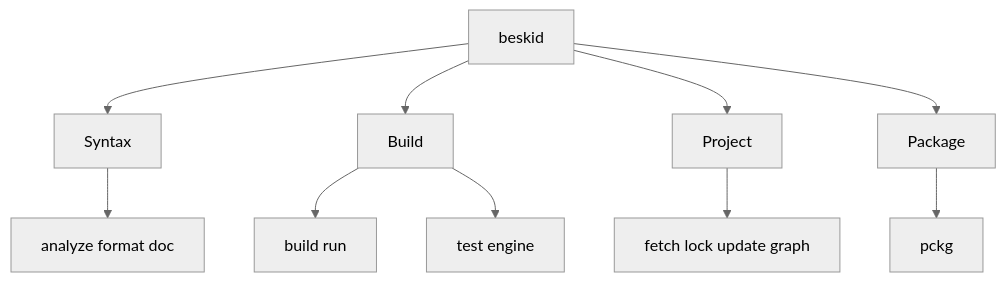
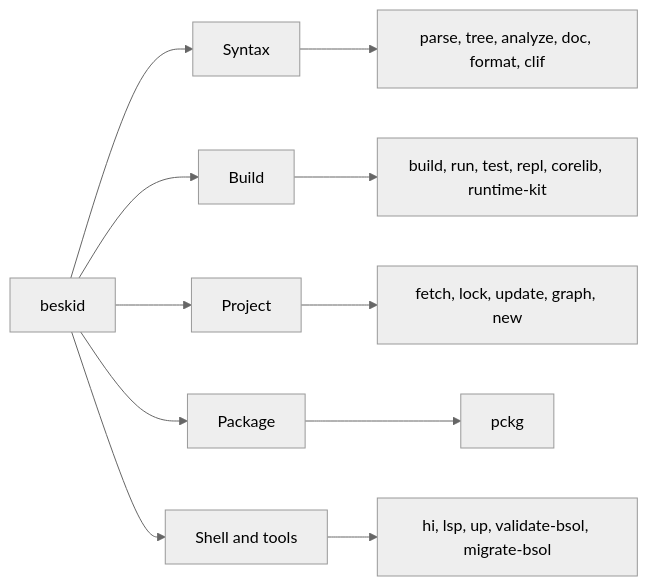
One commit to Cyber-Nomad-Collective/beskid changed the diagram in site/website/src/content/docs/docs/tooling/index.md. Above: the diagram before and after it, drawn with Mermaid (neutral theme). The commit also changed 60 other files, not shown here.

````diff
--- a/site/website/src/content/docs/docs/tooling/index.md
+++ b/site/website/src/content/docs/docs/tooling/index.md
@@ -43,14 +43,15 @@
 ```mermaid
-flowchart TD
+flowchart LR
   accTitle: CLI taxonomy
-  accDescr: The Beskid CLI routes work by domain. Choose syntax, build, project, or package commands for the task.
-  A[beskid] --> B[Syntax]
-  A --> C[Build]
-  A --> D[Project]
-  A --> E[Package]
-  B --> B1[analyze format doc]
-  C --> C1[build run]
-  C --> C2[test engine]
-  D --> D1[fetch lock update graph]
-  E --> E1[pckg]
+  accDescr: The Beskid CLI groups commands by domain. Syntax, build, project, package, and shell command groups each hold the commands for that task.
+  root[beskid] --> S[Syntax]
+  root --> B[Build]
+  root --> P[Project]
+  root --> K[Package]
+  root --> H[Shell and tools]
+  S --> S1["parse, tree, analyze, doc, format, clif"]
+  B --> B1["build, run, test, repl, corelib, runtime-kit"]
+  P --> P1["fetch, lock, update, graph, new"]
+  K --> K1["pckg"]
+  H --> H1["hi, lsp, up, validate-bsol, migrate-bsol"]
 ```
````
